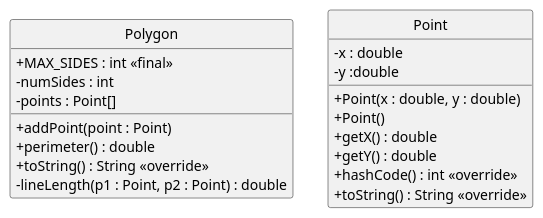
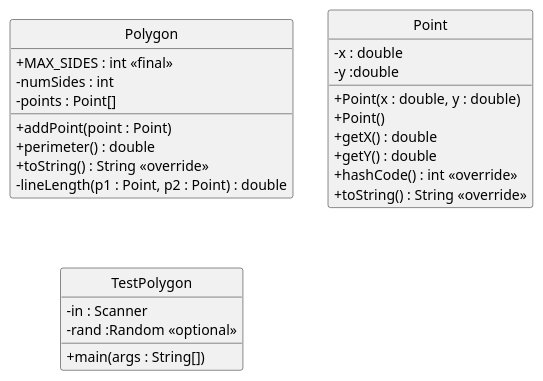
One commit to matinashresthaaa/MavTutor changed the diagram in P04/full_credit/Polygon.puml. Above: the diagram before and after it, drawn with PlantUML.

Commit message:
PolygonTest UML

```diff
--- a/P04/full_credit/Polygon.puml
+++ b/P04/full_credit/Polygon.puml
@@ -1,28 +1,34 @@
 @startuml
 set separator none
 skinparam classAttributeIconSize 0
 hide circle
 
 class Polygon{
     +MAX_SIDES : int <<final>>
     -numSides : int
     -points : Point[]
     +addPoint(point : Point)
     +perimeter() : double
     +toString() : String <<override>>
     -lineLength(p1 : Point, p2 : Point) : double
 }
 
 class Point{
     -x : double
     -y :double
     +Point(x : double, y : double)
     +Point()
     +getX() : double
     +getY() : double
     +hashCode() : int <<override>>
     +toString() : String <<override>>
 }
 
+class TestPolygon{
+    -in : Scanner
+    -rand :Random <<optional>>
+    +main(args : String[])
+}
+
 
 @enduml
```
